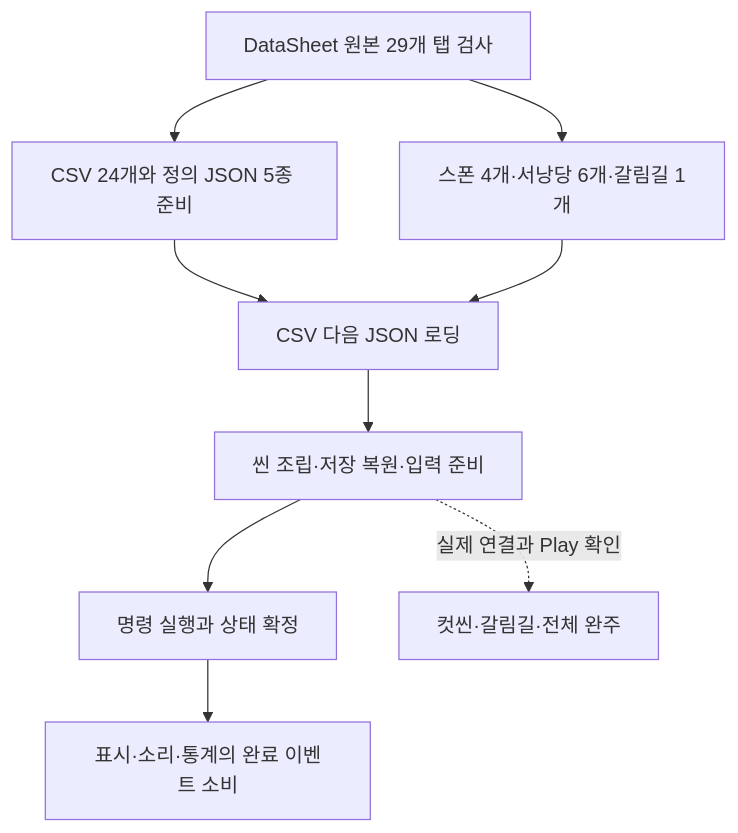
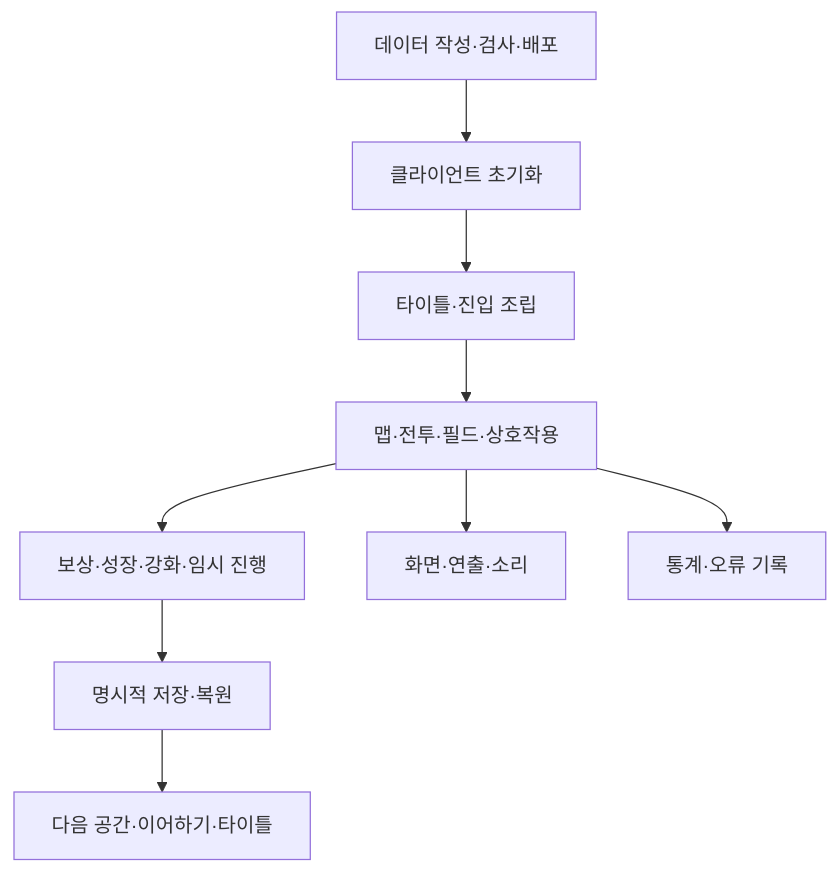
One commit to lkhwcf-arch/Human_Ghost- changed the second of 3 diagrams in Docs/개발자용 설계문서/현재 구현과 검증 현황.md. Above: the diagram before and after it, drawn with Mermaid. The commit also changed other lines of this file and 92 other files, not shown here.

````diff
--- a/Docs/개발자용 설계문서/현재 구현과 검증 현황.md
+++ b/Docs/개발자용 설계문서/현재 구현과 검증 현황.md
@@ -17,11 +40,11 @@
-```mermaid
+~~~mermaid
 flowchart TD
-    A[DataSheet 원본 29개 탭 검사] --> B[CSV 24개와 정의 JSON 5종 준비]
-    A --> C[스폰 4개·서낭당 6개·갈림길 1개]
-    B --> D[CSV 다음 JSON 로딩]
-    C --> D
-    D --> E[씬 조립·저장 복원·입력 준비]
-    E --> F[명령 실행과 상태 확정]
-    F --> G[표시·소리·통계의 완료 이벤트 소비]
-    E -. 실제 연결과 Play 확인 .-> H[컷씬·갈림길·전체 완주]
-```
+    A[데이터 작성·검사·배포] --> B[클라이언트 초기화]
+    B --> C[타이틀·진입 조립]
+    C --> D[맵·전투·필드·상호작용]
+    D --> E[보상·성장·강화·임시 진행]
+    E --> F[명시적 저장·복원]
+    D --> G[화면·연출·소리]
+    D --> H[통계·오류 기록]
+    F --> I[다음 공간·이어하기·타이틀]
+~~~
````
